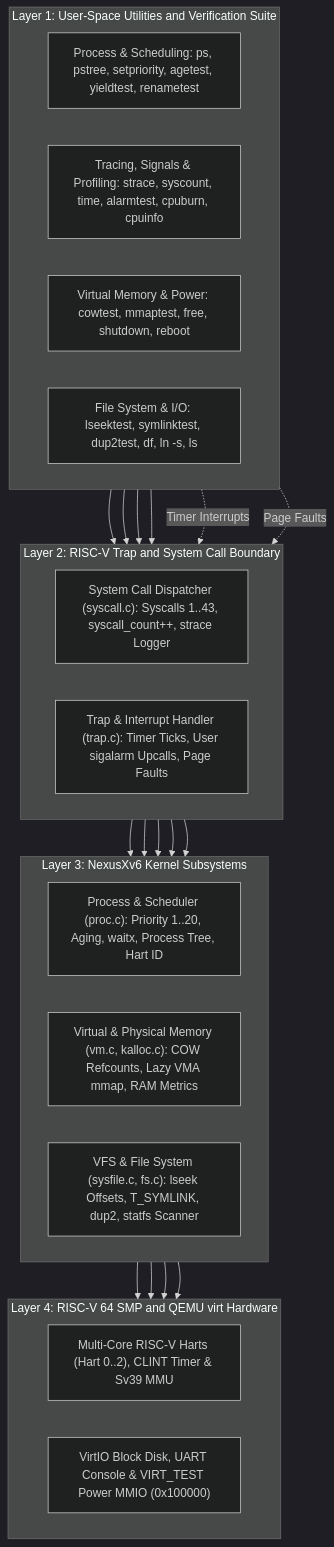
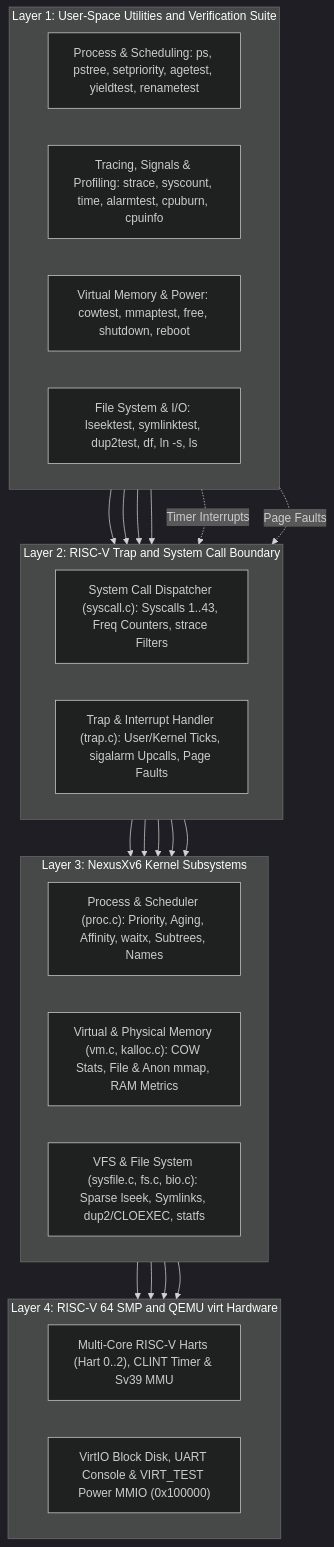
The first of 21 diagrams in README.md (asbahkhan67-ctrl/xv6-riscv), drawn with Mermaid (dark theme) before and after one commit. The commit also changed other lines of this file, not shown here.

````diff
--- a/README.md
+++ b/README.md
@@ -114,49 +116,49 @@
 ```mermaid
 flowchart TD
     subgraph L1["Layer 1: User-Space Utilities and Verification Suite"]
         direction LR
         U_PROC["Process & Scheduling: ps, pstree, setpriority, agetest, yieldtest, renametest"]
         U_PROF["Tracing, Signals & Profiling: strace, syscount, time, alarmtest, cpuburn, cpuinfo"]
         U_MEM["Virtual Memory & Power: cowtest, mmaptest, free, shutdown, reboot"]
         U_FS["File System & I/O: lseektest, symlinktest, dup2test, df, ln -s, ls"]
     end
 
     subgraph L2["Layer 2: RISC-V Trap and System Call Boundary"]
         direction LR
-        SYSC["System Call Dispatcher (syscall.c): Syscalls 1..43, syscall_count++, strace Logger"]
-        TRAP["Trap & Interrupt Handler (trap.c): Timer Ticks, User sigalarm Upcalls, Page Faults"]
+        SYSC["System Call Dispatcher (syscall.c): Syscalls 1..43, Freq Counters, strace Filters"]
+        TRAP["Trap & Interrupt Handler (trap.c): User/Kernel Ticks, sigalarm Upcalls, Page Faults"]
     end
 
     subgraph L3["Layer 3: NexusXv6 Kernel Subsystems"]
         direction LR
-        K_PROC["Process & Scheduler (proc.c): Priority 1..20, Aging, waitx, Process Tree, Hart ID"]
-        K_VM["Virtual & Physical Memory (vm.c, kalloc.c): COW Refcounts, Lazy VMA mmap, RAM Metrics"]
-        K_FS["VFS & File System (sysfile.c, fs.c): lseek Offsets, T_SYMLINK, dup2, statfs Scanner"]
+        K_PROC["Process & Scheduler (proc.c): Priority, Aging, Affinity, waitx, Subtrees, Names"]
+        K_VM["Virtual & Physical Memory (vm.c, kalloc.c): COW Stats, File & Anon mmap, RAM Metrics"]
+        K_FS["VFS & File System (sysfile.c, fs.c, bio.c): Sparse lseek, Symlinks, dup2/CLOEXEC, statfs"]
     end
 
     subgraph L4["Layer 4: RISC-V 64 SMP and QEMU virt Hardware"]
         direction LR
         HW_CPU["Multi-Core RISC-V Harts (Hart 0..2), CLINT Timer & Sv39 MMU"]
         HW_DEV["VirtIO Block Disk, UART Console & VIRT_TEST Power MMIO (0x100000)"]
     end
 
     U_PROC --> SYSC
     U_PROF --> SYSC
     U_MEM --> SYSC
     U_FS --> SYSC
 
     U_PROF -. "Timer Interrupts" .-> TRAP
     U_MEM -. "Page Faults" .-> TRAP
 
     SYSC --> K_PROC
     SYSC --> K_VM
     SYSC --> K_FS
 
     TRAP --> K_PROC
     TRAP --> K_VM
 
     K_PROC --> HW_CPU
     K_VM --> HW_CPU
     K_VM --> HW_DEV
     K_FS --> HW_DEV
 ```
````
